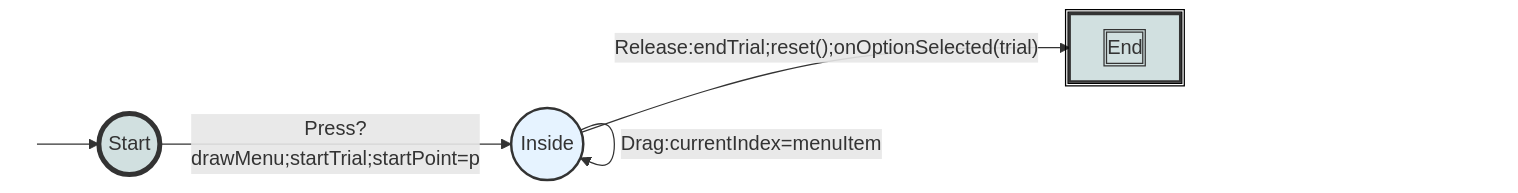
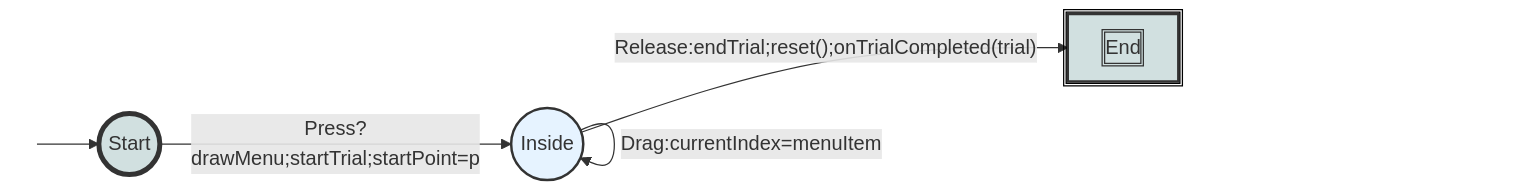
The diagram in assignments/menus.md (jmankoff/interaction), drawn with Mermaid before and after one commit.

Commit message:
Updated state machine diagram

```diff
--- a/assignments/menus.md
+++ b/assignments/menus.md
@@ -154,17 +154,17 @@
 <div class="mermaid">
 graph LR
 S((.)) --> A((Start))
 A -- "Press?drawMenu;startTrial;startPoint=p" --> I((Inside))
-I -- "Release:endTrial;reset();onOptionSelected(trial)" --> E[End]
+I -- "Release:endTrial;reset();onTrialCompleted(trial)" --> E[End]
 I -- "Drag:currentIndex=menuItem" --> I
 
 classDef finish outline-style:double,fill:#d1e0e0,stroke:#333,stroke-width:2px;
 classDef normal fill:#e6f3ff,stroke:#333,stroke-width:2px;
 classDef start fill:#d1e0e0,stroke:#333,stroke-width:4px;
 classDef invisible fill:#FFFFFF,stroke:#FFFFFF,color:#FFFFFF
 
 class S invisible
 class A start
 class E finish
 class I normal
 </div>
```
